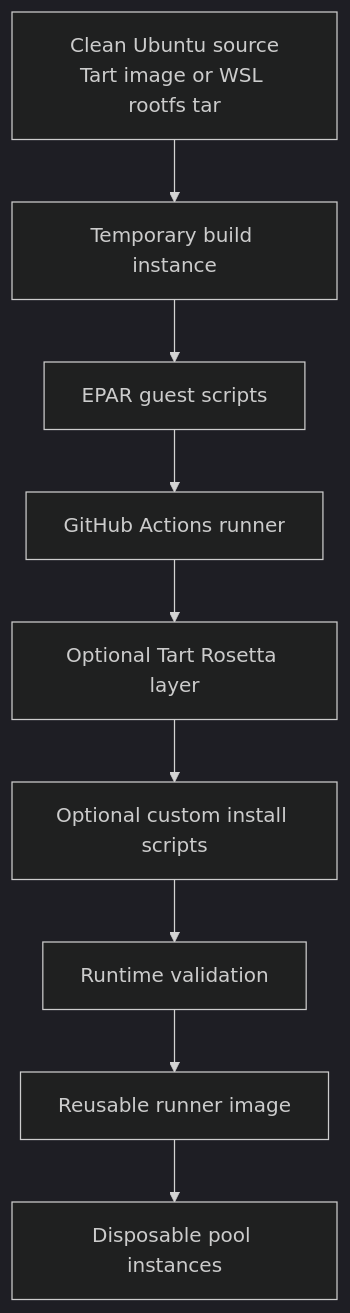
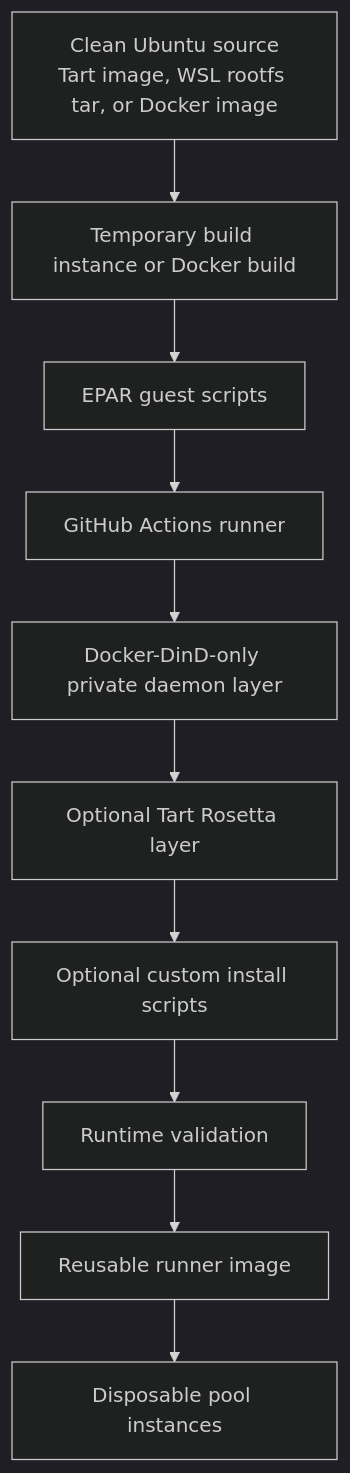
One commit to solutionforest/ephemeral-action-runner changed the first of 2 diagrams in docs/image-build.md. Above: the diagram before and after it, drawn with Mermaid (dark theme). The commit also changed other lines of this file and 30 other files, not shown here.

Commit message:
Add Docker-DinD provider

````diff
--- a/docs/image-build.md
+++ b/docs/image-build.md
@@ -19,11 +26,12 @@
 ```mermaid
 flowchart TD
-  Source["Clean Ubuntu source<br/>Tart image or WSL rootfs tar"] --> Build["Temporary build instance"]
+  Source["Clean Ubuntu source<br/>Tart image, WSL rootfs tar, or Docker image"] --> Build["Temporary build instance or Docker build"]
   Build --> Scripts["EPAR guest scripts"]
   Scripts --> Runner["GitHub Actions runner"]
-  Runner --> Rosetta["Optional Tart Rosetta layer"]
+  Runner --> DockerDind["Docker-DinD-only private daemon layer"]
+  DockerDind --> Rosetta["Optional Tart Rosetta layer"]
   Rosetta --> Custom["Optional custom install scripts"]
   Custom --> Validate["Runtime validation"]
   Validate --> Output["Reusable runner image"]
   Output --> Pool["Disposable pool instances"]
 ```
````
